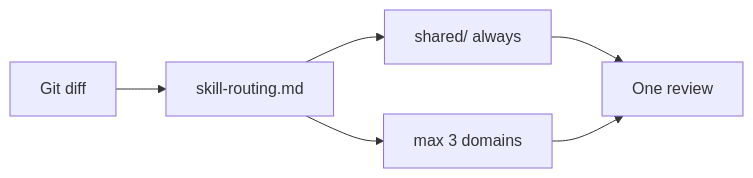
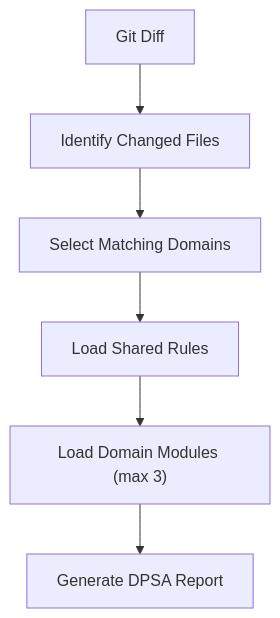
One commit to NashNi-Datasec/SLA-Ticketing-Monitoring- changed the second of 2 diagrams in .github/README.md. Above: the diagram before and after it, drawn with Mermaid. The commit also changed other lines of this file and 61 other files, not shown here.

````diff
--- a/.github/README.md
+++ b/.github/README.md
@@ -83,8 +180,8 @@
 ```mermaid
-flowchart LR
-    diff["Git diff"] --> router["skill-routing.md"]
-    router --> shared["shared/ always"]
-    router --> domains["max 3 domains"]
-    shared --> report["One review"]
-    domains --> report
+flowchart TD
+    A["Git Diff"] --> B["Identify Changed Files"]
+    B --> C["Select Matching Domains"]
+    C --> D["Load Shared Rules"]
+    D --> E["Load Domain Modules (max 3)"]
+    E --> F["Generate DPSA Report"]
 ```
````
